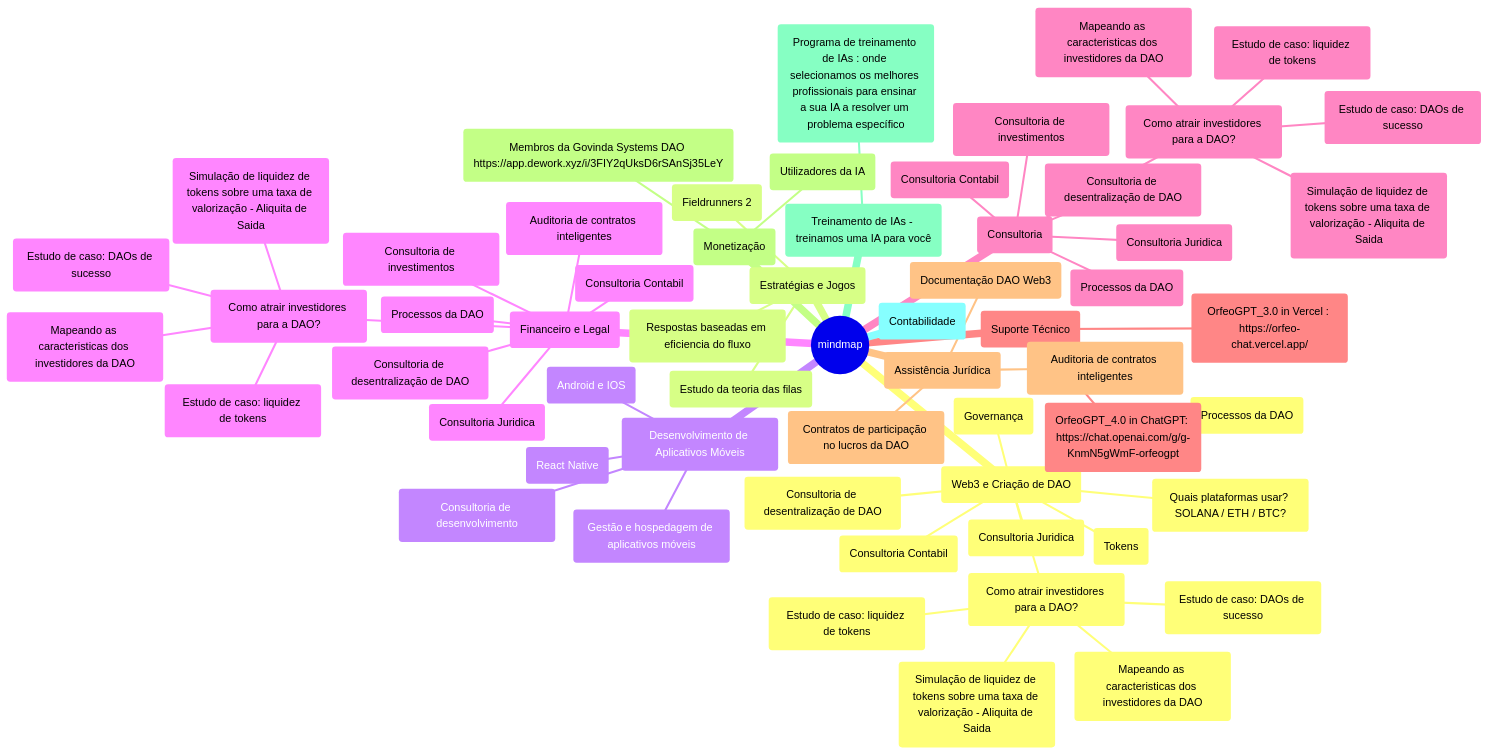
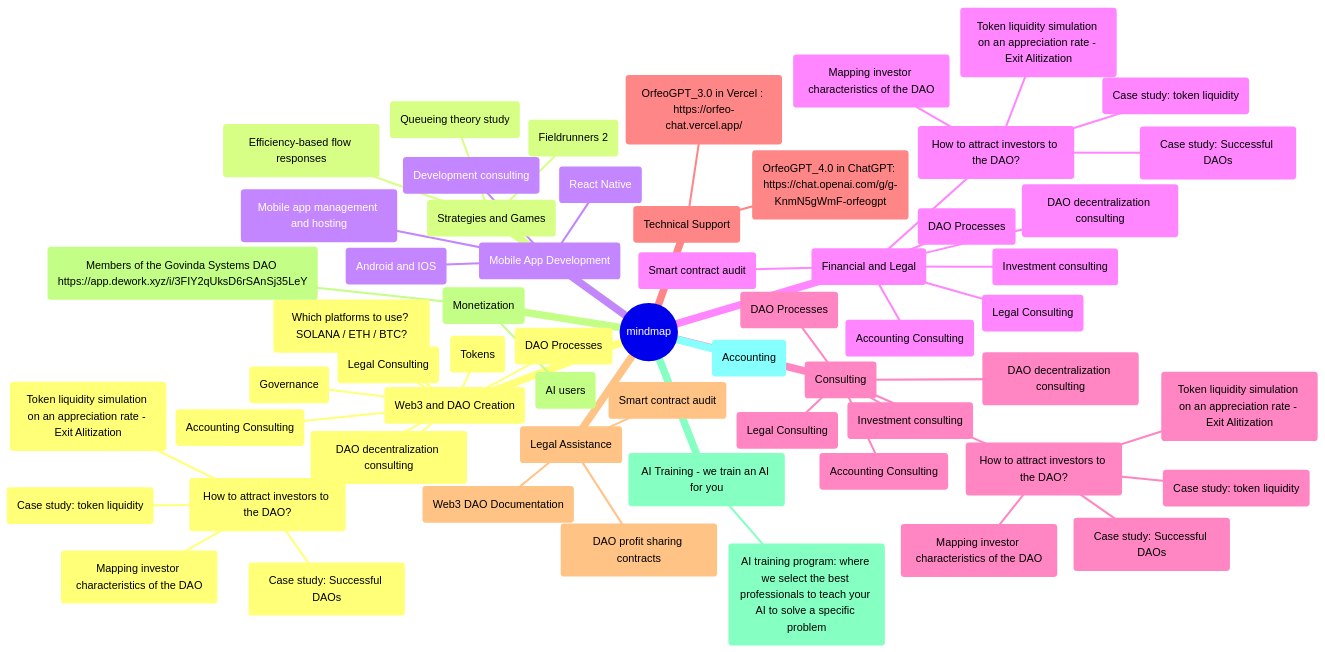
The second of 3 diagrams in README.md (govinda777/ai_govinda_systems_dao), drawn with Mermaid before and after one commit. The commit also changed other lines of this file and 1 other file, not shown here.

````diff
--- a/README.md
+++ b/README.md
@@ -26,63 +34,63 @@
 ```mermaid
 mindmap
 root((mindmap))
-    (Web3 e Criação de DAO)
+    (Web3 and DAO Creation)
         (Tokens)
-        (Governança)
-        (Quais plataformas usar? SOLANA / ETH / BTC?)
-        (Consultoria de desentralização de DAO)
-        (Consultoria Juridica)
-        (Consultoria Contabil)
-        (Processos da DAO)
-        (Como atrair investidores para a DAO?)
-            (Mapeando as caracteristicas dos investidores da DAO)
-            (Estudo de caso: DAOs de sucesso)
-            (Estudo de caso: liquidez de tokens)
-            (Simulação de liquidez de tokens sobre uma taxa de valorização - Aliquita de Saida)
-    (Estratégias e Jogos)
+        (Governance)
+        (Which platforms to use? SOLANA / ETH / BTC?)
+        (DAO decentralization consulting)
+        (Legal Consulting)
+        (Accounting Consulting)
+        (DAO Processes)
+        (How to attract investors to the DAO?)
+            (Mapping investor characteristics of the DAO)
+            (Case study: Successful DAOs)
+            (Case study: token liquidity)
+            (Token liquidity simulation on an appreciation rate - Exit Alitization)
+    (Strategies and Games)
         (Fieldrunners 2)
-        (Estudo da teoria das filas)
-        (Respostas baseadas em eficiencia do fluxo)
-    (Desenvolvimento de Aplicativos Móveis)
-        (Android e IOS)
+        (Queueing theory study)
+        (Efficiency-based flow responses)
+    (Mobile App Development)
+        (Android and IOS)
         (React Native)
-        (Gestão e hospedagem de aplicativos móveis)
-        (Consultoria de desenvolvimento)
-    (Financeiro e Legal)
-        (Auditoria de contratos inteligentes)
-        (Consultoria de investimentos)
-        (Consultoria de desentralização de DAO)
-        (Consultoria Juridica)
-        (Consultoria Contabil)
-        (Processos da DAO)
-        (Como atrair investidores para a DAO?)
-            (Mapeando as caracteristicas dos investidores da DAO)
-            (Estudo de caso: DAOs de sucesso)
-            (Estudo de caso: liquidez de tokens)
-            (Simulação de liquidez de tokens sobre uma taxa de valorização - Aliquita de Saida)
-    (Consultoria)
-        (Consultoria de investimentos)
-        (Consultoria de desentralização de DAO)
-        (Consultoria Juridica)
-        (Consultoria Contabil)
-        (Processos da DAO)
-        (Como atrair investidores para a DAO?)
-            (Mapeando as caracteristicas dos investidores da DAO)
-            (Estudo de caso: DAOs de sucesso)
-            (Estudo de caso: liquidez de tokens)
-            (Simulação de liquidez de tokens sobre uma taxa de valorização - Aliquita de Saida)
-    (Suporte Técnico)
+        (Mobile app management and hosting)
+        (Development consulting)
+    (Financial and Legal)
+        (Smart contract audit)
+        (Investment consulting)
+        (DAO decentralization consulting)
+        (Legal Consulting)
+        (Accounting Consulting)
+        (DAO Processes)
+        (How to attract investors to the DAO?)
+            (Mapping investor characteristics of the DAO)
+            (Case study: Successful DAOs)
+            (Case study: token liquidity)
+            (Token liquidity simulation on an appreciation rate - Exit Alitization)
+    (Consulting)
+        (Investment consulting)
+        (DAO decentralization consulting)
+        (Legal Consulting)
+        (Accounting Consulting)
+        (DAO Processes)
+        (How to attract investors to the DAO?)
+            (Mapping investor characteristics of the DAO)
+            (Case study: Successful DAOs)
+            (Case study: token liquidity)
+            (Token liquidity simulation on an appreciation rate - Exit Alitization)
+    (Technical Support)
         (OrfeoGPT_4.0 in ChatGPT: https://chat.openai.com/g/g-KnmN5gWmF-orfeogpt)
         (OrfeoGPT_3.0 in Vercel : https://orfeo-chat.vercel.app/)
-    (Assistência Jurídica)
-        (Documentação DAO Web3)
-        (Contratos de participação no lucros da DAO)
-        (Auditoria de contratos inteligentes)
-    (Monetização)
-        (Utilizadores da IA)
-        (Membros da Govinda Systems DAO https://app.dework.xyz/i/3FIY2qUksD6rSAnSj35LeY)
-    (Treinamento de IAs - treinamos uma IA para você)
-        (Programa de treinamento de IAs : onde selecionamos os melhores profissionais para ensinar a sua IA a resolver um problema específico)
-    (Contabilidade)
+    (Legal Assistance)
+        (Web3 DAO Documentation)
+        (DAO profit sharing contracts)
+        (Smart contract audit)
+    (Monetization)
+        (AI users)
+        (Members of the Govinda Systems DAO https://app.dework.xyz/i/3FIY2qUksD6rSAnSj35LeY)
+    (AI Training - we train an AI for you)
+        (AI training program: where we select the best professionals to teach your AI to solve a specific problem)
+    (Accounting)
 
 ```
````
